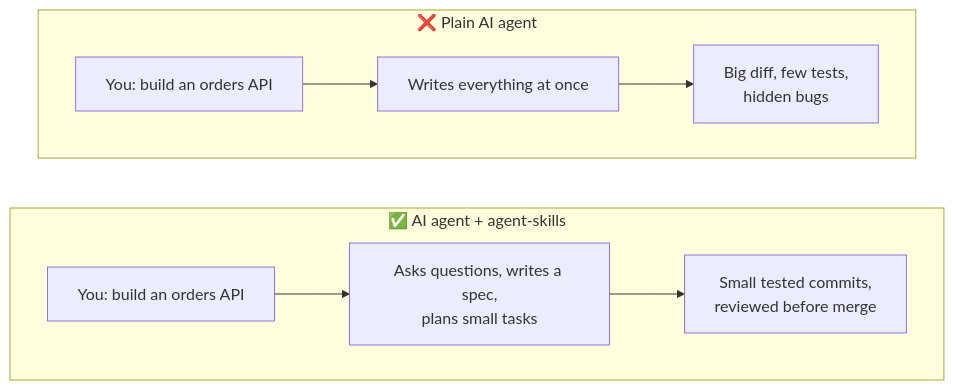
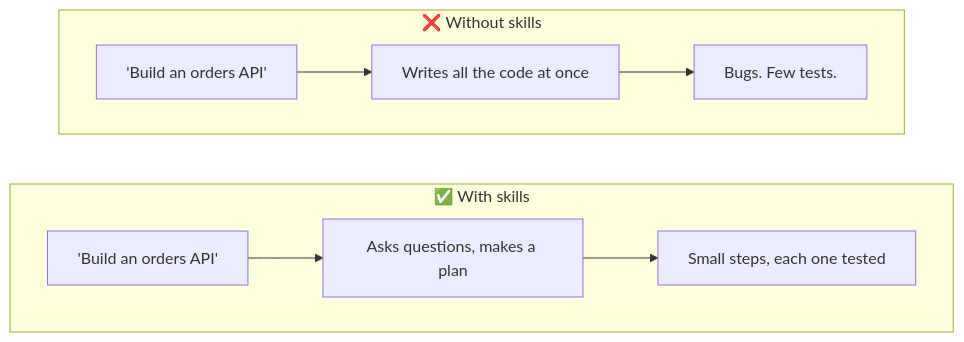
The first of 4 diagrams in README.md (tpillai/addysomani-agent-skill-demo), drawn with Mermaid before and after one commit. The commit also changed other lines of this file and 1 other file, not shown here.

````diff
--- a/README.md
+++ b/README.md
@@ -30,14 +16,12 @@
 ```mermaid
 flowchart TB
-    subgraph Without["❌ Plain AI agent"]
+    subgraph Intern["❌ Without skills"]
         direction LR
-        A1["You: build an orders API"] --> A2["Writes everything at once"]
-        A2 --> A3["Big diff, few tests,<br/>hidden bugs"]
+        I1["'Build an orders API'"] --> I2["Writes all the code at once"] --> I3["Bugs. Few tests."]
     end
-    subgraph With["✅ AI agent + agent-skills"]
+    subgraph Senior["✅ With skills"]
         direction LR
-        B1["You: build an orders API"] --> B2["Asks questions, writes a spec,<br/>plans small tasks"]
-        B2 --> B3["Small tested commits,<br/>reviewed before merge"]
+        S1["'Build an orders API'"] --> S2["Asks questions, makes a plan"] --> S3["Small steps, each one tested"]
     end
-    Without ~~~ With
+    Intern ~~~ Senior
 ```
````
